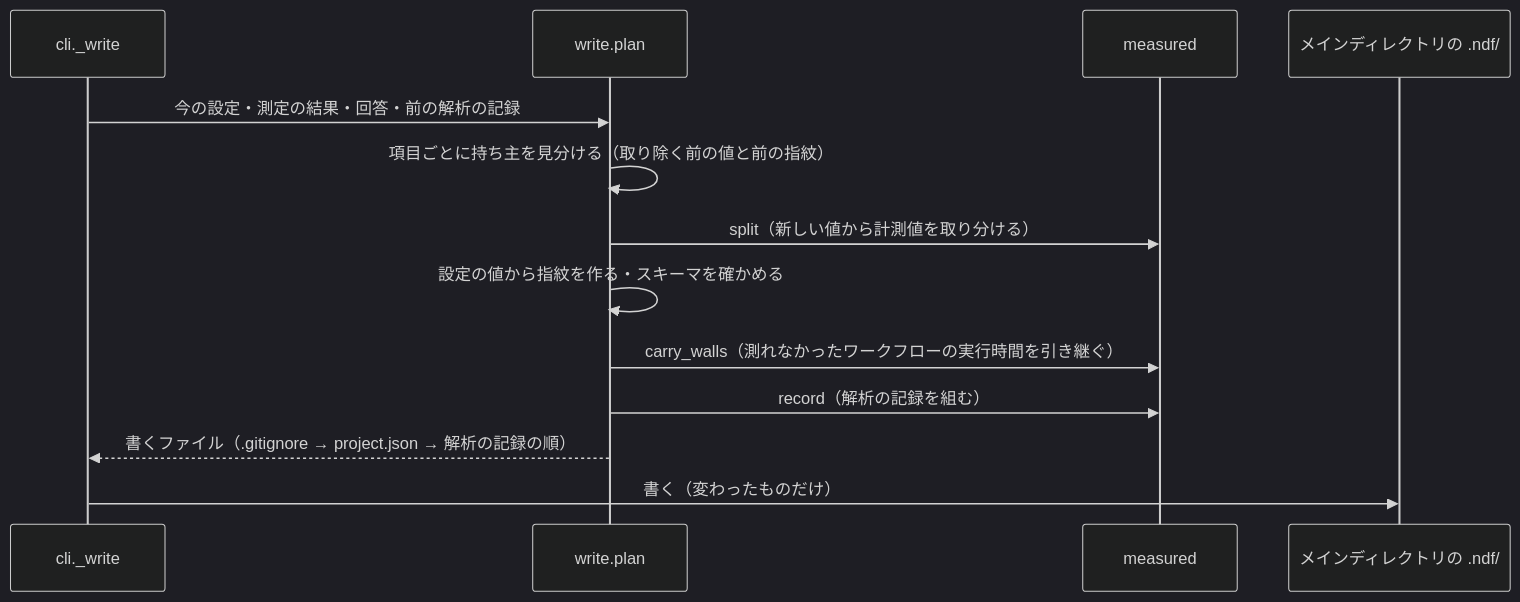
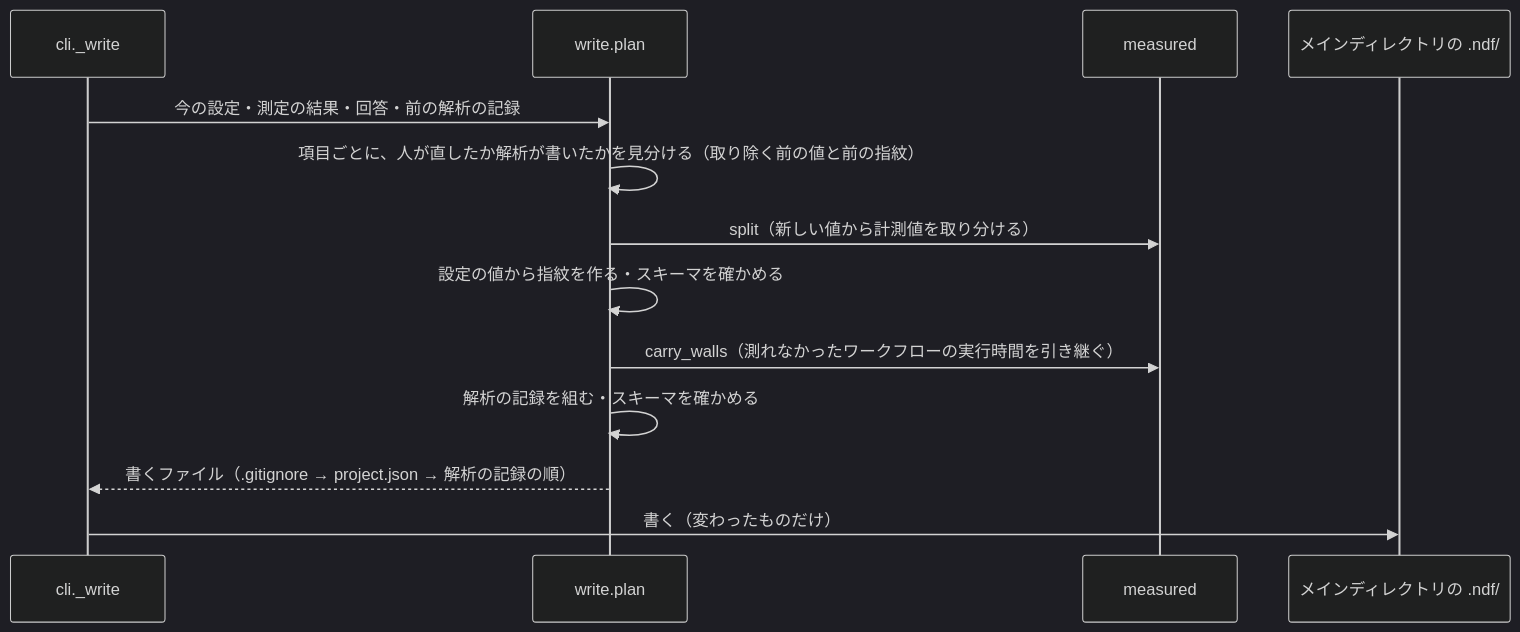
Before and after one commit to devbasex/ai-plugins: the third of 3 diagrams in issues/issue-4516-design.md, drawn with Mermaid (dark theme). The commit also changed other lines of this file and 5 other files, not shown here.

````diff
--- a/issues/issue-4516-design.md
+++ b/issues/issue-4516-design.md
@@ -145,15 +149,15 @@
 ```mermaid
 sequenceDiagram
   participant CLI as cli._write
   participant W as write.plan
   participant MS as measured
   participant FS as メインディレクトリの .ndf/
   CLI->>W: 今の設定・測定の結果・回答・前の解析の記録
-  W->>W: 項目ごとに持ち主を見分ける（取り除く前の値と前の指紋）
+  W->>W: 項目ごとに、人が直したか解析が書いたかを見分ける（取り除く前の値と前の指紋）
   W->>MS: split（新しい値から計測値を取り分ける）
   W->>W: 設定の値から指紋を作る・スキーマを確かめる
   W->>MS: carry_walls（測れなかったワークフローの実行時間を引き継ぐ）
-  W->>MS: record（解析の記録を組む）
+  W->>W: 解析の記録を組む・スキーマを確かめる
   W-->>CLI: 書くファイル（.gitignore → project.json → 解析の記録の順）
   CLI->>FS: 書く（変わったものだけ）
 ```
````
